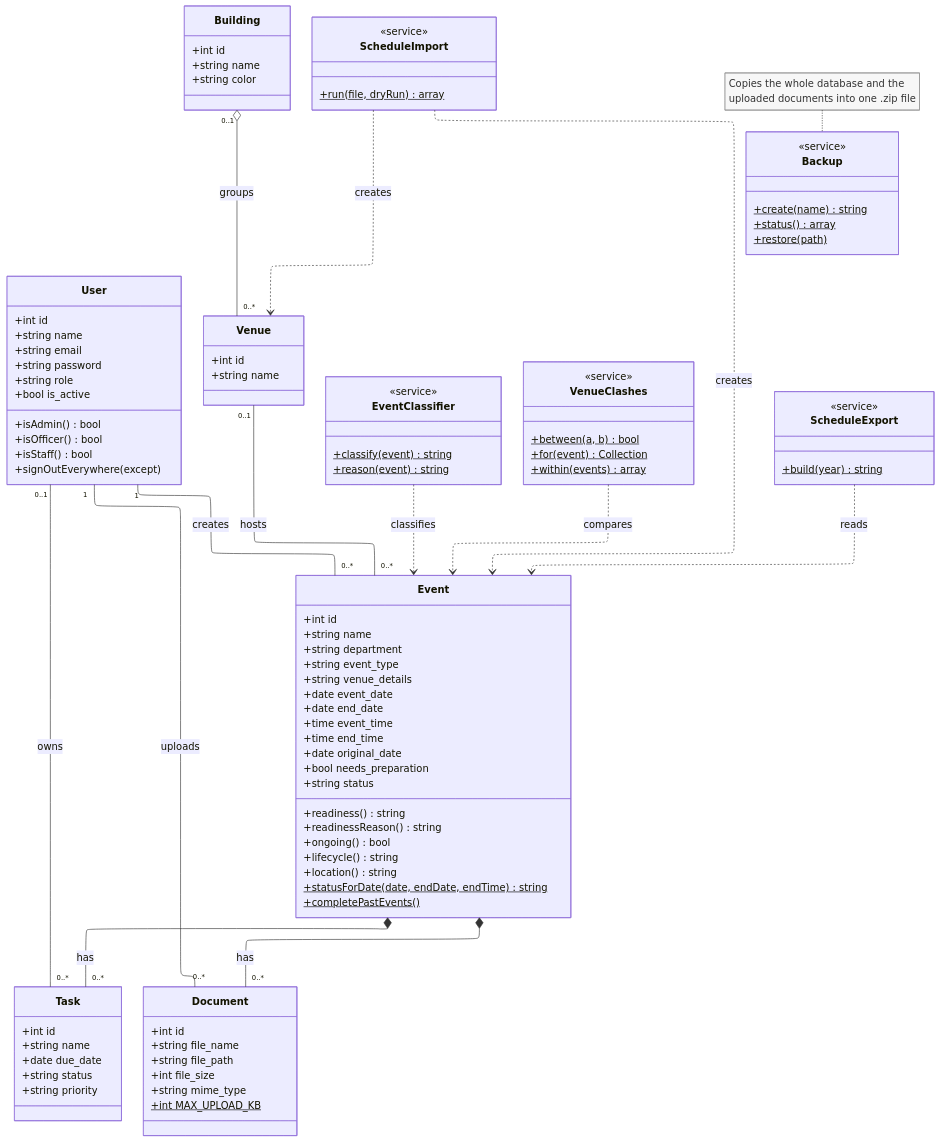
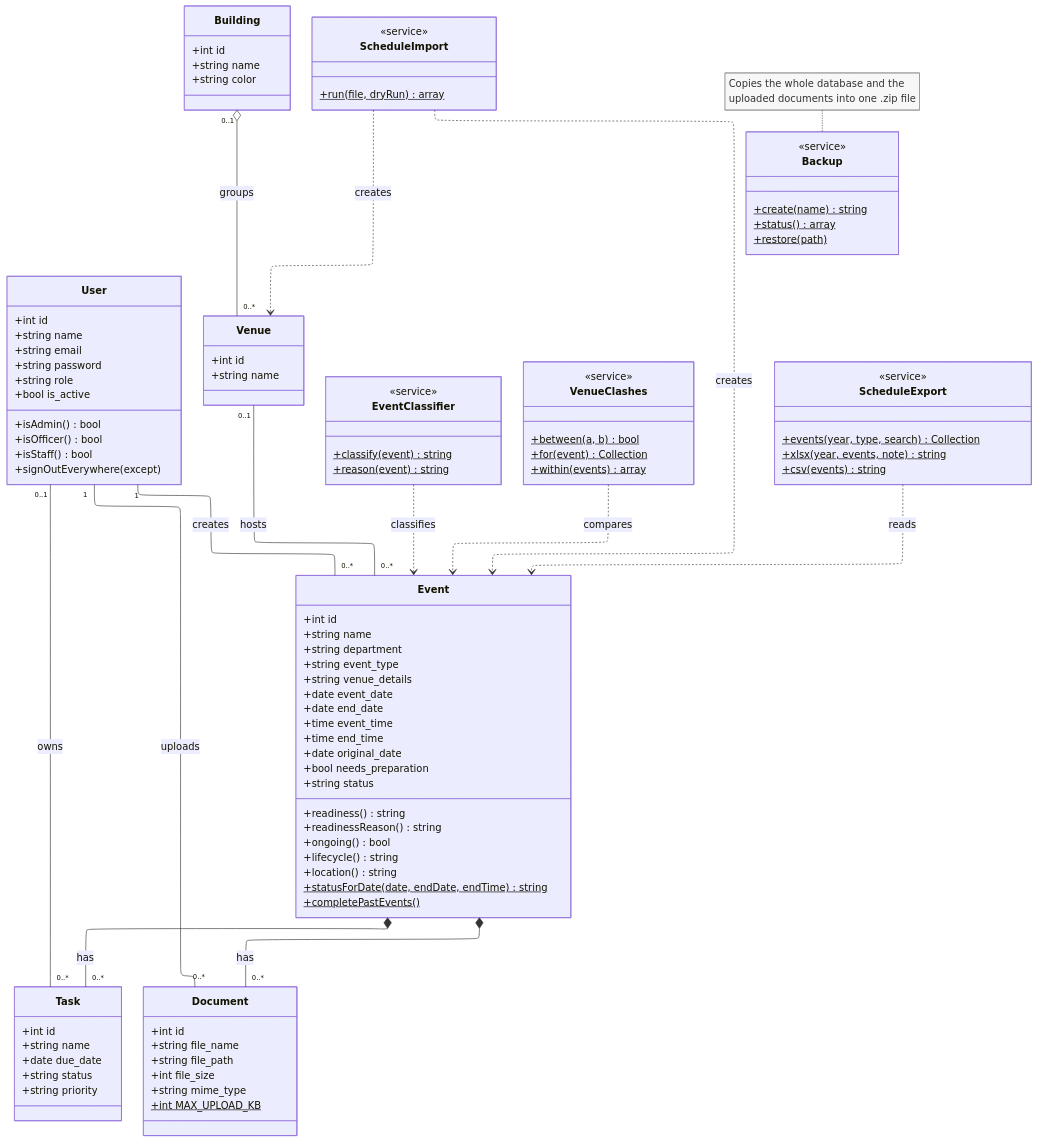
Before and after one commit to XyroneKyleYlanan/EMO-Tracker: the diagram in docs/paper/diagrams/src/class-diagram.mmd, drawn with Mermaid. The commit also changed 20 other files, not shown here.

```diff
--- a/docs/paper/diagrams/src/class-diagram.mmd
+++ b/docs/paper/diagrams/src/class-diagram.mmd
@@ -1,110 +1,112 @@
 ---
 config:
   layout: elk
   elk:
     nodePlacementStrategy: NETWORK_SIMPLEX
   class:
     hideEmptyMembersBox: true
   themeVariables:
     noteBkgColor: "#f7f7f7"
     noteTextColor: "#333333"
     noteBorderColor: "#999999"
 ---
 classDiagram
     direction TB
     class User {
         +int id
         +string name
         +string email
         +string password
         +string role
         +bool is_active
         +isAdmin() bool
         +isOfficer() bool
         +isStaff() bool
         +signOutEverywhere(except)
     }
     class Event {
         +int id
         +string name
         +string department
         +string event_type
         +string venue_details
         +date event_date
         +date end_date
         +time event_time
         +time end_time
         +date original_date
         +bool needs_preparation
         +string status
         +readiness() string
         +readinessReason() string
         +ongoing() bool
         +lifecycle() string
         +location() string
         +statusForDate(date, endDate, endTime)$ string
         +completePastEvents()$
     }
     class Task {
         +int id
         +string name
         +date due_date
         +string status
         +string priority
     }
     class Document {
         +int id
         +string file_name
         +string file_path
         +int file_size
         +string mime_type
         +int MAX_UPLOAD_KB$
     }
     class Venue {
         +int id
         +string name
     }
     class Building {
         +int id
         +string name
         +string color
     }
     class EventClassifier {
         <<service>>
         +classify(event)$ string
         +reason(event)$ string
     }
     class VenueClashes {
         <<service>>
         +between(a, b)$ bool
         +for(event)$ Collection
         +within(events)$ array
     }
     class ScheduleImport {
         <<service>>
         +run(file, dryRun)$ array
     }
     class ScheduleExport {
         <<service>>
-        +build(year)$ string
+        +events(year, type, search)$ Collection
+        +xlsx(year, events, note)$ string
+        +csv(events)$ string
     }
     class Backup {
         <<service>>
         +create(name)$ string
         +status()$ array
         +restore(path)$
     }
     User "1" -- "0..*" Event : creates
     User "0..1" -- "0..*" Task : owns
     User "1" -- "0..*" Document : uploads
     %% A filled diamond (composition) already means each part belongs to exactly one Event.
     Event *-- "0..*" Task : has
     Event *-- "0..*" Document : has
     Venue "0..1" -- "0..*" Event : hosts
     Building "0..1" o-- "0..*" Venue : groups
     EventClassifier ..> Event : classifies
     VenueClashes ..> Event : compares
     ScheduleImport ..> Event : creates
     ScheduleImport ..> Venue : creates
     ScheduleExport ..> Event : reads
     note for Backup "Copies the whole database and the<br>uploaded documents into one .zip file"
```
